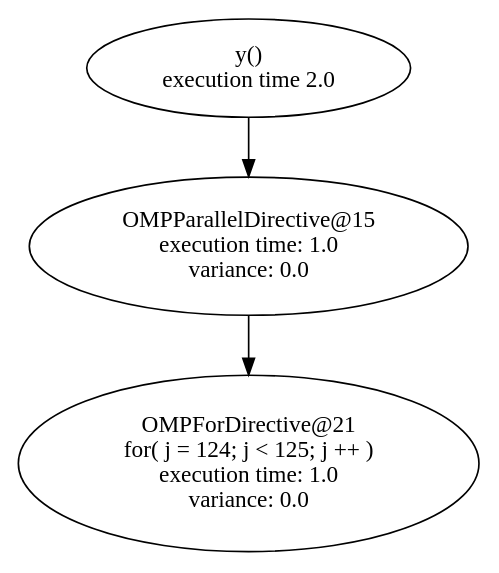
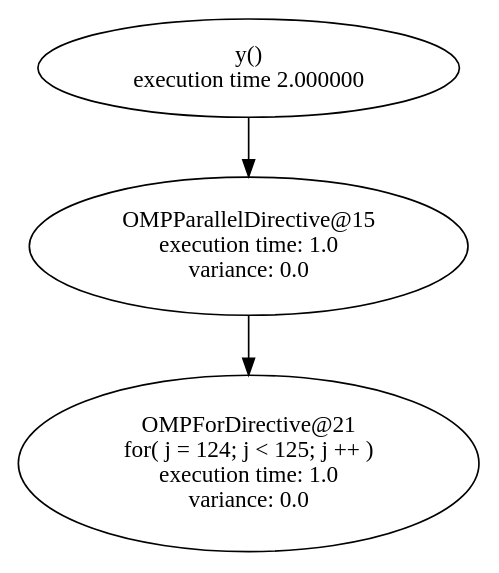
Before and after one commit to filippobrizzi/soma: the diagram in graph_sched/graphs/y_flow.dot, drawn with Graphviz. The commit also changed 14 other files, not shown here.

```diff
--- a/graph_sched/graphs/y_flow.dot
+++ b/graph_sched/graphs/y_flow.dot
@@ -1,21 +1,21 @@
 digraph G {
 	graph [bb="0,0,236,322"];
 	node [label="\N"];
 	9	 [height=0.8171,
-		label="y()\nexecution time 2.0",
+		label="y()\nexecution time 2.000000",
 		pos="118,292",
 		root=9,
-		width=2.3433];
+		width=3.0342];
 	15	 [height=1.1471,
 		label="OMPParallelDirective@15\nexecution time: 1.0\nvariance: 0.0",
 		pos="118,184",
 		root=9,
 		width=3.2896];
 	9 -> 15	 [pos="e,118,225.65 118,262.31 118,254.12 118,244.93 118,235.83"];
 	21	 [height=1.4771,
 		label="OMPForDirective@21\nfor( j = 124; j < 125; j ++ )\nexecution time: 1.0\nvariance: 0.0",
 		pos="118,53",
 		root=9,
 		width=3.257];
 	15 -> 21	 [pos="e,118,106.64 118,142.54 118,134.36 118,125.58 118,116.84"];
 }
```
